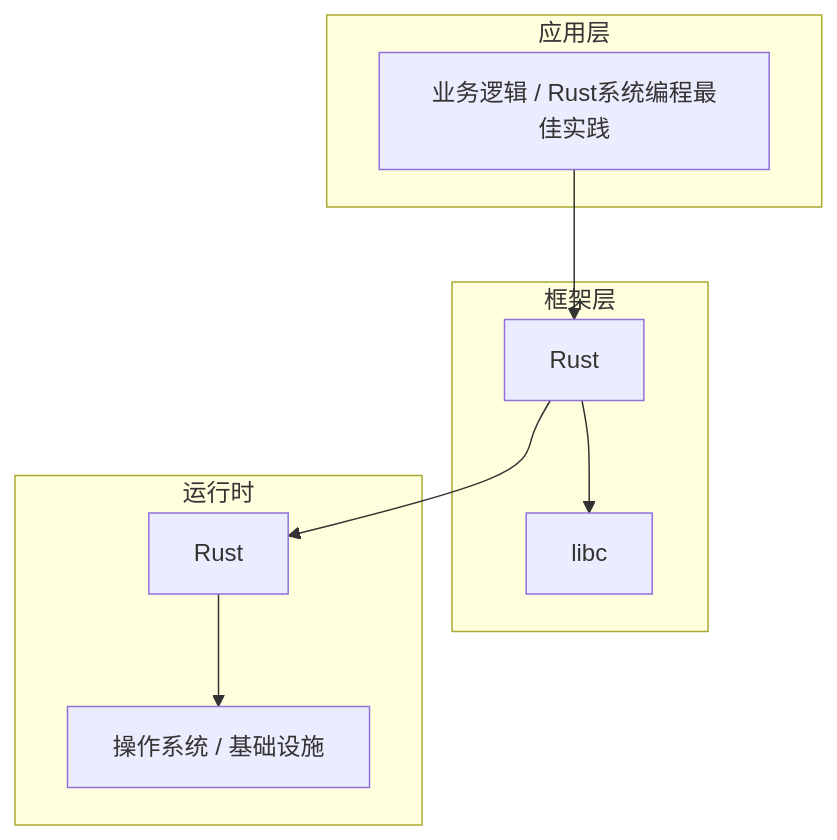
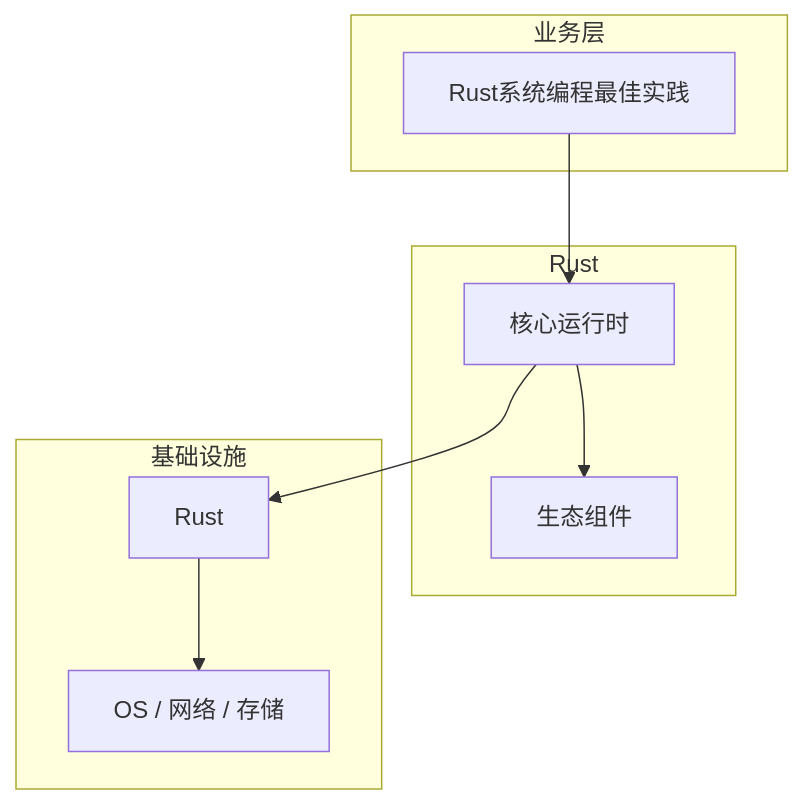
One commit to yanggan2015/knowledge-json-v2 changed the diagram in articles/Rust系统编程/chapters/046-Rust系统编程最佳实践核心概念与原理.md. Above: the diagram before and after it, drawn with Mermaid. The commit also changed other lines of this file and 10127 other files, not shown here.

````diff
--- a/articles/Rust系统编程/chapters/046-Rust系统编程最佳实践核心概念与原理.md
+++ b/articles/Rust系统编程/chapters/046-Rust系统编程最佳实践核心概念与原理.md
@@ -45,18 +34,18 @@
 ```mermaid
 graph TB
-    subgraph 应用层
-        A[业务逻辑 / Rust系统编程最佳实践]
+    subgraph 业务层
+        A[Rust系统编程最佳实践]
     end
-    subgraph 框架层
-        B[Rust]
-        C[libc]
+    subgraph Rust
+        B[核心运行时]
+        C[生态组件]
     end
-    subgraph 运行时
+    subgraph 基础设施
         D[Rust]
-        E[操作系统 / 基础设施]
+        E[OS / 网络 / 存储]
     end
     A --> B
     B --> C
     B --> D
     D --> E
 ```
````
